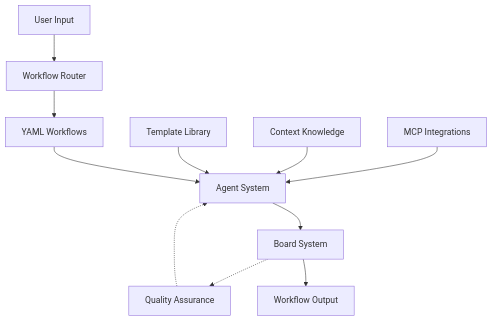
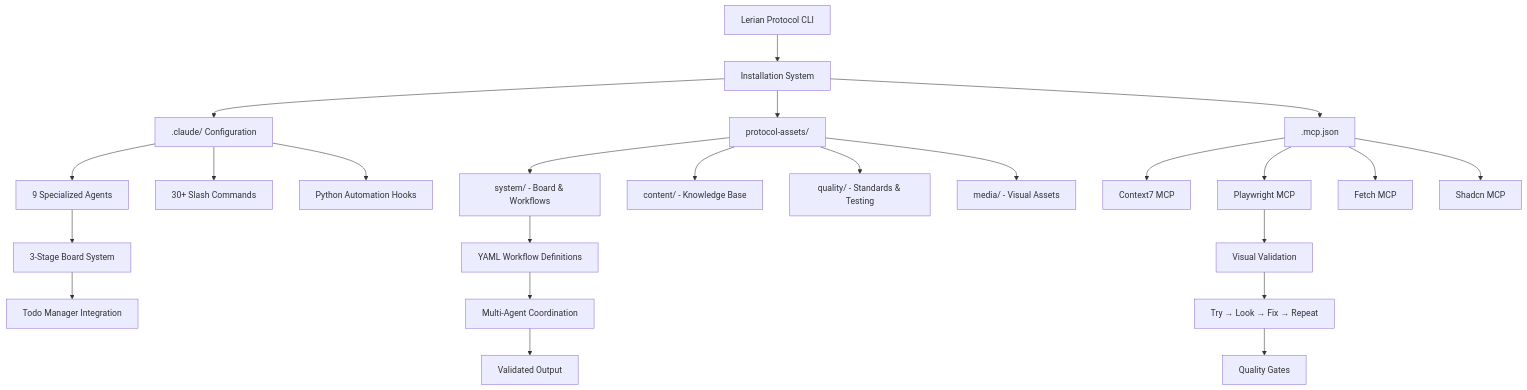
The diagram in EXPLAIN.md (LerianStudio/ai-prompts), drawn with Mermaid before and after one commit. The commit also changed other lines of this file and 117 other files, not shown here.

First line of the commit message:
refactor!: restructure Lerian Protocol

````diff
--- a/EXPLAIN.md
+++ b/EXPLAIN.md
@@ -3,16 +5,33 @@
 ```mermaid
 flowchart TD
-    USER[User Input] --> ROUTER[Workflow Router]
+    CLI[Lerian Protocol CLI] --> INSTALLER[Installation System]
+    INSTALLER --> CLAUDE[.claude/ Configuration]
+    INSTALLER --> PROTOCOL[protocol-assets/]
+    INSTALLER --> MCP[.mcp.json]
 
-    ROUTER --> WFN[YAML Workflows]
-    MCP[MCP Integrations] --> AGENTS[Agent System]
-    CONTEXT[Context Knowledge] --> AGENTS
-    TEMPLATES[Template Library] --> AGENTS
-    WFN --> AGENTS
+    CLAUDE --> AGENTS[9 Specialized Agents]
+    CLAUDE --> COMMANDS[30+ Slash Commands]
+    CLAUDE --> HOOKS[Python Automation Hooks]
 
-    AGENTS --> BOARD[Board System]
-    BOARD -.-> QA[Quality Assurance]
-    QA -.-> AGENTS
-    BOARD --> OUTPUT[Workflow Output]
+    MCP --> CONTEXT7[Context7 MCP]
+    MCP --> PLAYWRIGHT[Playwright MCP]
+    MCP --> FETCH[Fetch MCP]
+    MCP --> SHADCN[Shadcn MCP]
+
+    PROTOCOL --> SYSTEM[system/ - Board & Workflows]
+    PROTOCOL --> CONTENT[content/ - Knowledge Base]
+    PROTOCOL --> QUALITY[quality/ - Standards & Testing]
+    PROTOCOL --> MEDIA[media/ - Visual Assets]
+
+    AGENTS --> BOARD[3-Stage Board System]
+    BOARD --> TODO[Todo Manager Integration]
+
+    PLAYWRIGHT --> VISUAL[Visual Validation]
+    VISUAL --> ITERATE["Try → Look → Fix → Repeat"]
+    ITERATE --> GATES[Quality Gates]
+
+    SYSTEM --> WORKFLOWS[YAML Workflow Definitions]
+    WORKFLOWS --> MULTI[Multi-Agent Coordination]
+    MULTI --> OUTPUT[Validated Output]
 
 ```
````
